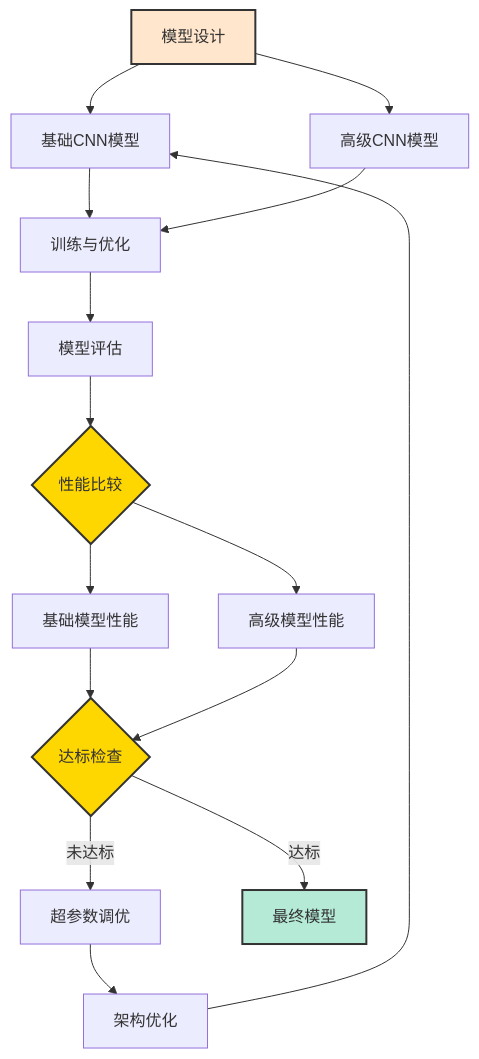
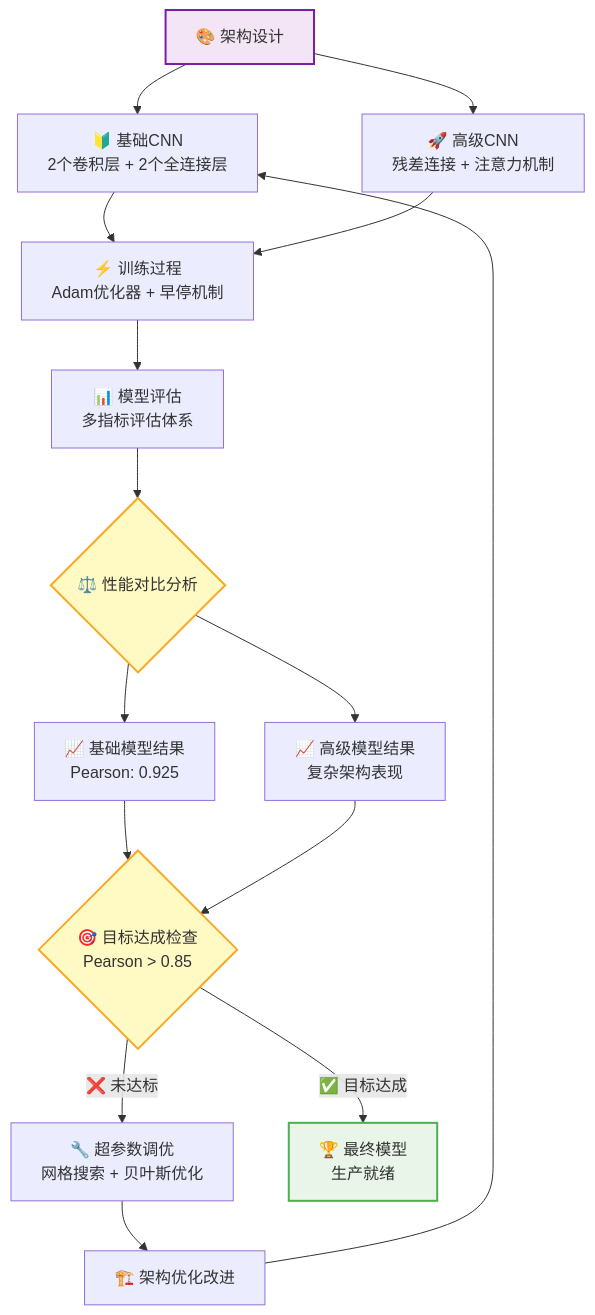
One commit to le876/week1-CNN changed the third of 8 diagrams in 项目流程图.md. Above: the diagram before and after it, drawn with Mermaid. The commit also changed other lines of this file and 25 other files, not shown here.

````diff
--- a/项目流程图.md
+++ b/项目流程图.md
@@ -60,28 +69,28 @@
 ```mermaid
 flowchart TD
-    A[模型设计] --> B[基础CNN模型]
-    A --> C[高级CNN模型]
-    
-    B --> D[训练与优化]
+    A[🎨 架构设计] --> B[🔰 基础CNN<br/>2个卷积层 + 2个全连接层]
+    A --> C[🚀 高级CNN<br/>残差连接 + 注意力机制]
+
+    B --> D[⚡ 训练过程<br/>Adam优化器 + 早停机制]
     C --> D
-    
-    D --> E[模型评估]
-    E --> F{性能比较}
-    
-    F --> G[基础模型性能]
-    F --> H[高级模型性能]
-    
-    G --> I{达标检查}
+
+    D --> E[📊 模型评估<br/>多指标评估体系]
+    E --> F{⚖️ 性能对比分析}
+
+    F --> G[📈 基础模型结果<br/>Pearson: 0.925]
+    F --> H[📈 高级模型结果<br/>复杂架构表现]
+
+    G --> I{🎯 目标达成检查<br/>Pearson > 0.85}
     H --> I
-    
-    I -->|未达标| J[超参数调优]
-    J --> K[架构优化]
+
+    I -->|❌ 未达标| J[🔧 超参数调优<br/>网格搜索 + 贝叶斯优化]
+    J --> K[🏗️ 架构优化改进]
     K --> B
-    
-    I -->|达标| L[最终模型]
-    
-    style A fill:#ffe6cc,stroke:#333,stroke-width:2px
-    style F fill:#ffd700,stroke:#333,stroke-width:2px
-    style I fill:#ffd700,stroke:#333,stroke-width:2px
-    style L fill:#b5ead7,stroke:#333,stroke-width:2px
+
+    I -->|✅ 目标达成| L[🏆 最终模型<br/>生产就绪]
+
+    style A fill:#f3e5f5,stroke:#7b1fa2,stroke-width:2px
+    style F fill:#fff9c4,stroke:#f9a825,stroke-width:2px
+    style I fill:#fff9c4,stroke:#f9a825,stroke-width:2px
+    style L fill:#e8f5e8,stroke:#4caf50,stroke-width:2px
 ```
````
